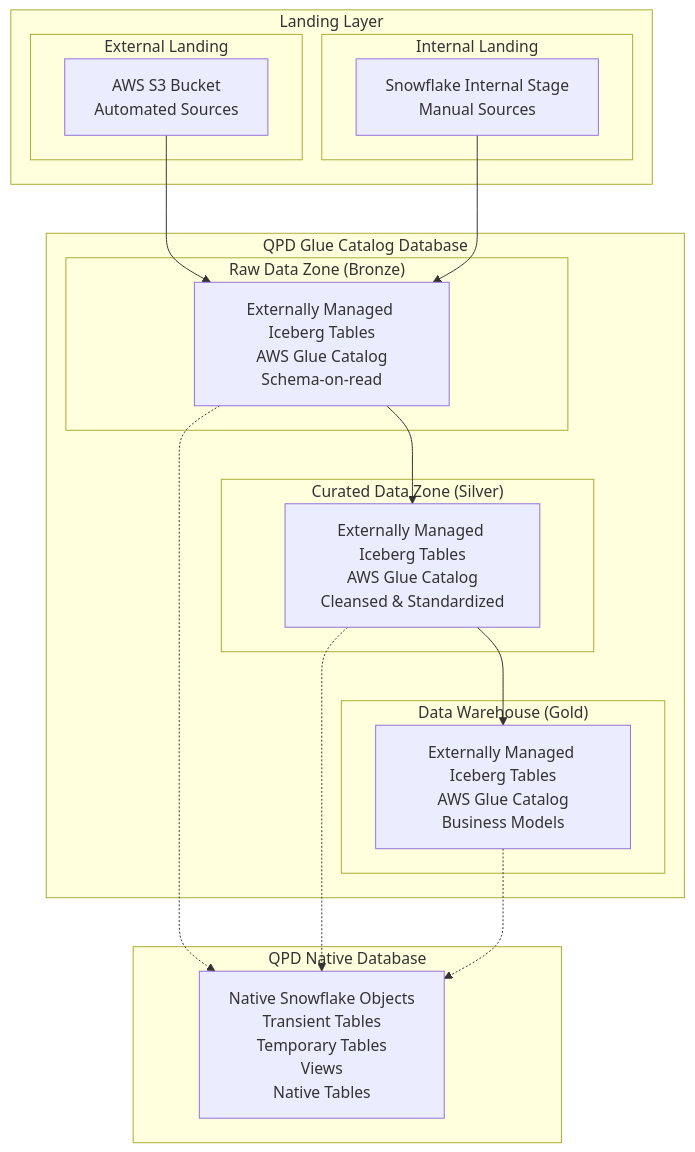
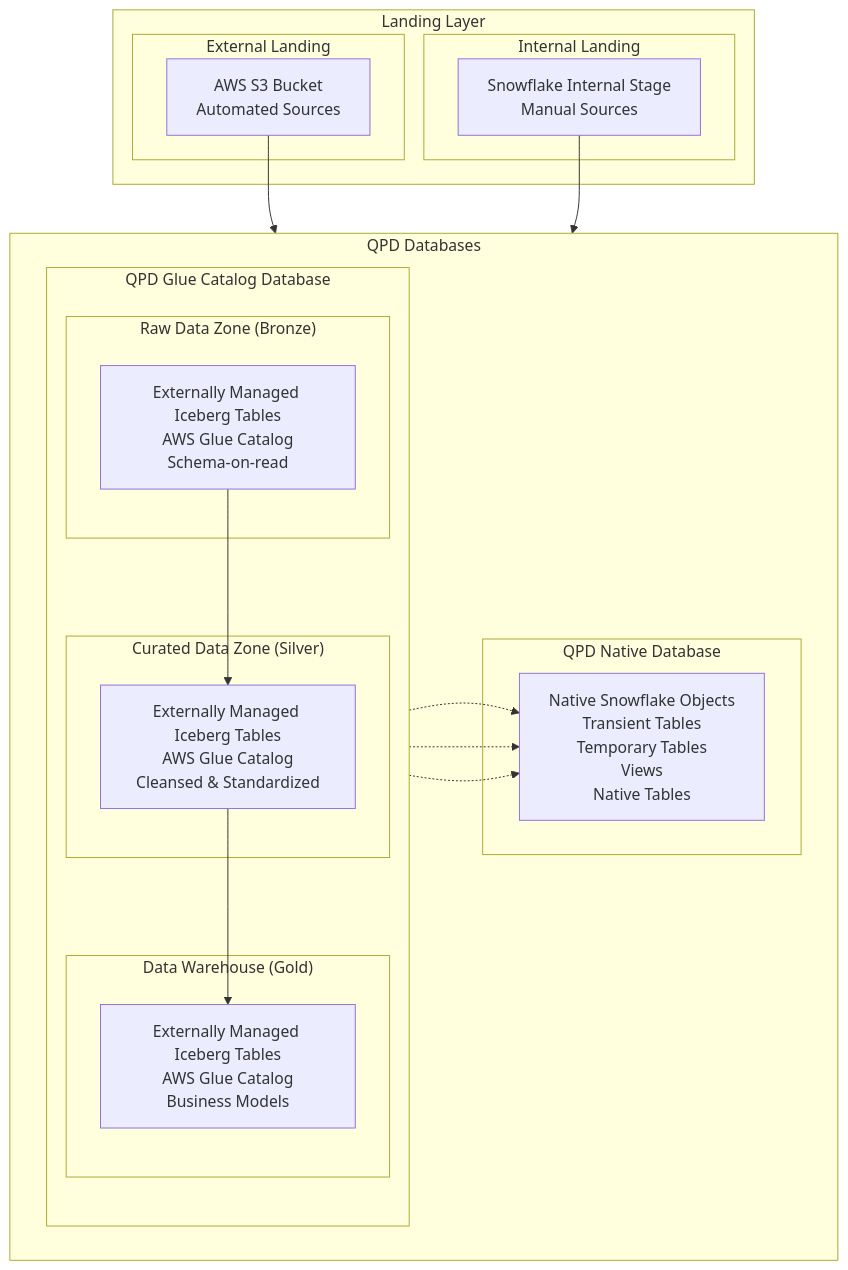
The third of 23 diagrams in 15-BB-QPD Future State/QPD - Future State.md (sfc-gh-mhindi/REPO_CBA), drawn with Mermaid before and after one commit.

Commit message:
Update QPD - Future State.md

````diff
--- a/15-BB-QPD Future State/QPD - Future State.md
+++ b/15-BB-QPD Future State/QPD - Future State.md
@@ -314,37 +314,41 @@
 ```mermaid
 graph TB
     subgraph "Landing Layer"
         subgraph "External Landing"
             S3_Ext[AWS S3 Bucket<br/>Automated Sources]
         end
         subgraph "Internal Landing"
             SF_Stage[Snowflake Internal Stage<br/>Manual Sources]
         end
     end
     
-    subgraph "QPD Glue Catalog Database"
-        subgraph "Raw Data Zone (Bronze)"
-            Bronze[Externally Managed Iceberg Tables<br/>AWS Glue Catalog<br/>Schema-on-read]
+    subgraph Databases["QPD Databases"]
+        direction LR
+        subgraph "QPD Glue Catalog Database"
+            direction TB
+            subgraph "Raw Data Zone (Bronze)"
+                Bronze[Externally Managed Iceberg Tables<br/>AWS Glue Catalog<br/>Schema-on-read]
+            end
+            
+            subgraph "Curated Data Zone (Silver)"
+                Silver[Externally Managed Iceberg Tables<br/>AWS Glue Catalog<br/>Cleansed & Standardized]
+            end
+            
+            subgraph "Data Warehouse (Gold)"
+                Gold[Externally Managed Iceberg Tables<br/>AWS Glue Catalog<br/>Business Models]
+            end
         end
         
-        subgraph "Curated Data Zone (Silver)"
-            Silver[Externally Managed Iceberg Tables<br/>AWS Glue Catalog<br/>Cleansed & Standardized]
+        subgraph "QPD Native Database"
+            Native[Native Snowflake Objects<br/>Transient Tables<br/>Temporary Tables<br/>Views<br/>Native Tables]
         end
-        
-        subgraph "Data Warehouse (Gold)"
-            Gold[Externally Managed Iceberg Tables<br/>AWS Glue Catalog<br/>Business Models]
-        end
-    end
-    
-    subgraph "QPD Native Database"
-        Native[Native Snowflake Objects<br/>Transient Tables<br/>Temporary Tables<br/>Views<br/>Native Tables]
     end
     
     S3_Ext --> Bronze
     SF_Stage --> Bronze
     Bronze --> Silver
     Silver --> Gold
     Bronze -.-> Native
     Silver -.-> Native
     Gold -.-> Native
 ```
````
